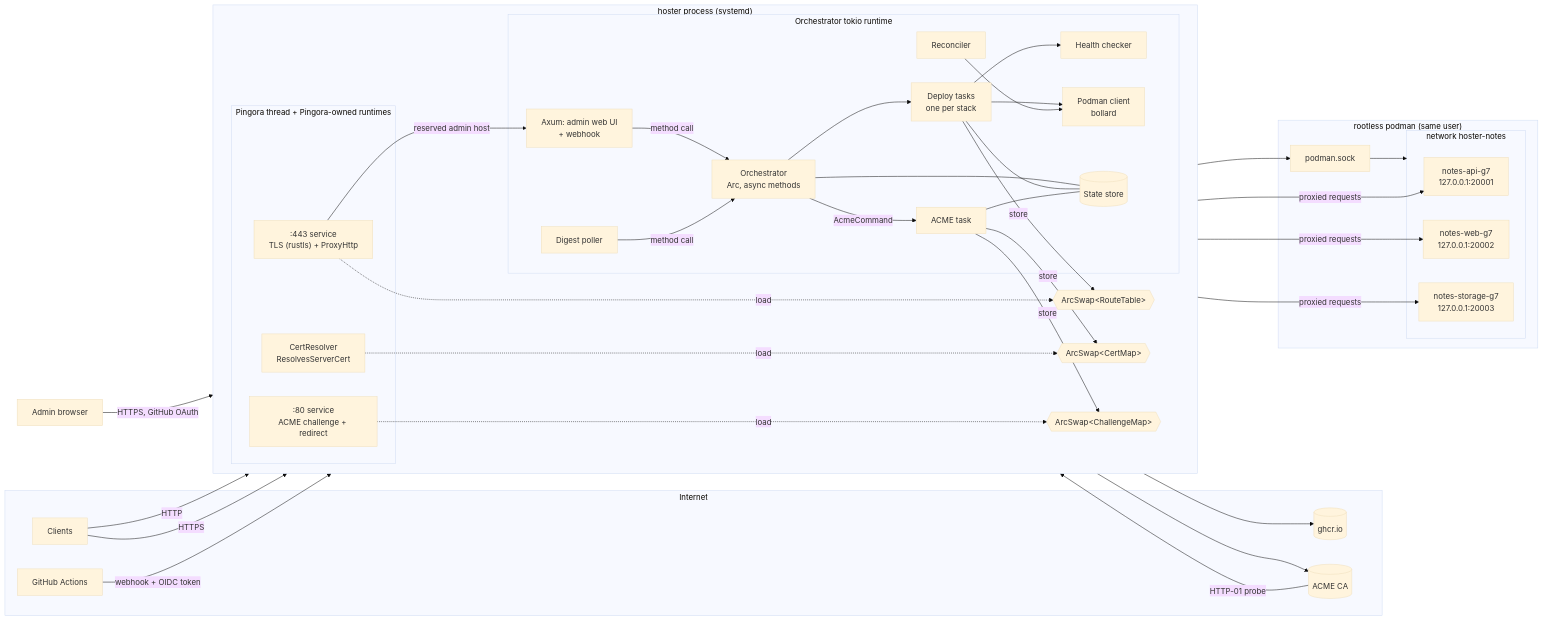
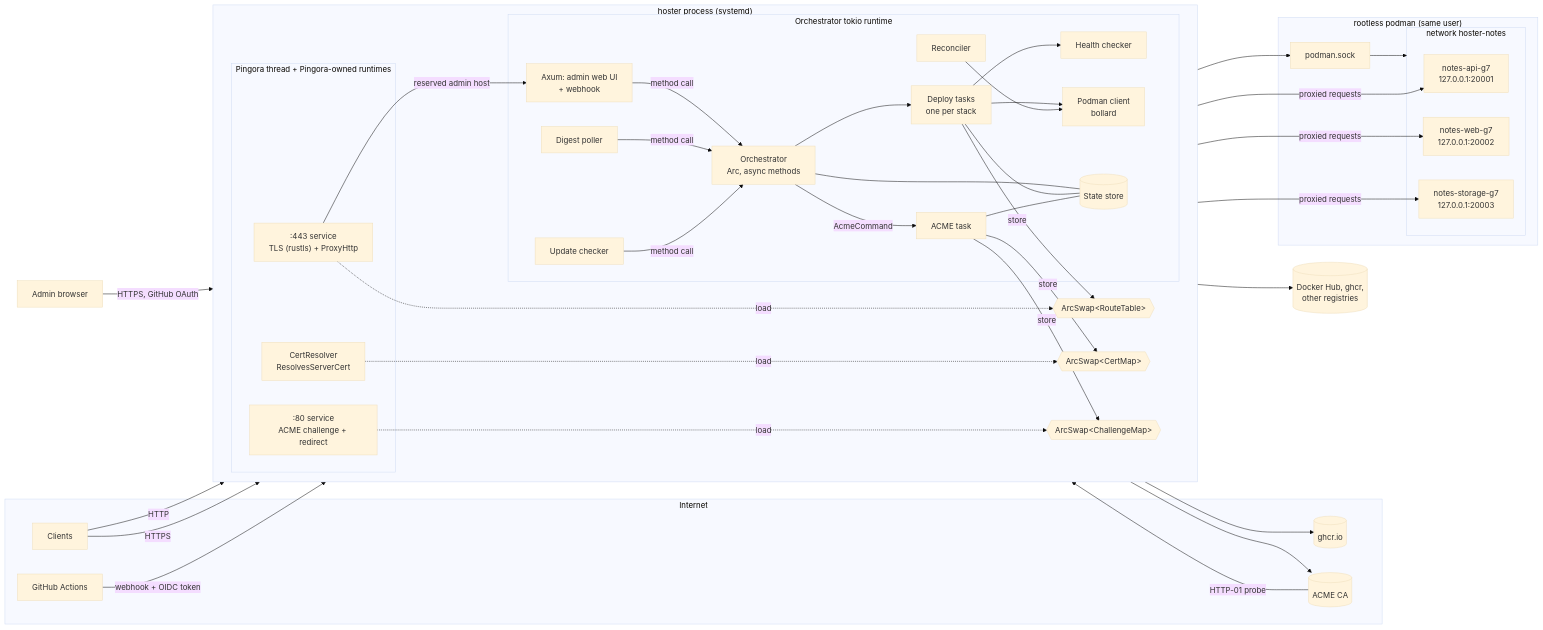
One commit to LHelge/hoster changed the first of 3 diagrams in docs/architecture.md. Above: the diagram before and after it, drawn with Mermaid (base theme). The commit also changed other lines of this file and 10 other files, not shown here.

````diff
--- a/docs/architecture.md
+++ b/docs/architecture.md
@@ -274,68 +274,71 @@
 ```mermaid
 flowchart LR
     subgraph Internet
         C[Clients]
         GH[GitHub Actions]
         GHCR[(ghcr.io)]
         CA[(ACME CA)]
     end
 
     subgraph hoster["hoster process (systemd)"]
         direction LR
         subgraph PT["Pingora thread + Pingora-owned runtimes"]
             L80[":80 service<br/>ACME challenge + redirect"]
             L443[":443 service<br/>TLS (rustls) + ProxyHttp"]
             RES[CertResolver<br/>ResolvesServerCert]
         end
         subgraph OR["Orchestrator tokio runtime"]
             API[Axum: admin web UI<br/>+ webhook]
             ORC[Orchestrator<br/>Arc, async methods]
             DEP[Deploy tasks<br/>one per stack]
             POLL[Digest poller]
+            UPD[Update checker]
             ACME[ACME task]
             HC[Health checker]
             REC[Reconciler]
             STORE[(State store)]
             PC[Podman client<br/>bollard]
         end
         RT{{"ArcSwap&lt;RouteTable&gt;"}}
         CM{{"ArcSwap&lt;CertMap&gt;"}}
         CH{{"ArcSwap&lt;ChallengeMap&gt;"}}
     end
 
     subgraph Podman["rootless podman (same user)"]
         SOCK[podman.sock]
         subgraph N1["network hoster-notes"]
             A1[notes-api-g7<br/>127.0.0.1:20001]
             W1[notes-web-g7<br/>127.0.0.1:20002]
             S1[notes-storage-g7<br/>127.0.0.1:20003]
         end
     end
 
     C -->|HTTP| L80
     C -->|HTTPS| L443
     CA -->|HTTP-01 probe| L80
     GH -->|webhook + OIDC token| L443
     ADM[Admin browser] -->|HTTPS, GitHub OAuth| L443
     L443 -->|reserved admin host| API
     L443 -->|proxied requests| A1 & W1 & S1
     L443 -. load .-> RT
     RES -. load .-> CM
     L80 -. load .-> CH
 
     API -->|method call| ORC
     POLL -->|method call| ORC
     POLL --> GHCR
+    UPD -->|method call| ORC
+    UPD --> REG[(Docker Hub, ghcr,<br/>other registries)]
     ORC --> DEP
     DEP --> HC
     DEP --> PC
     REC --> PC
     PC --> SOCK
     SOCK --> N1
     DEP -->|store| RT
     ORC -->|AcmeCommand| ACME
     ACME -->|store| CM
     ACME -->|store| CH
     ACME --> CA
     ORC & DEP & ACME --- STORE
 ```
````
